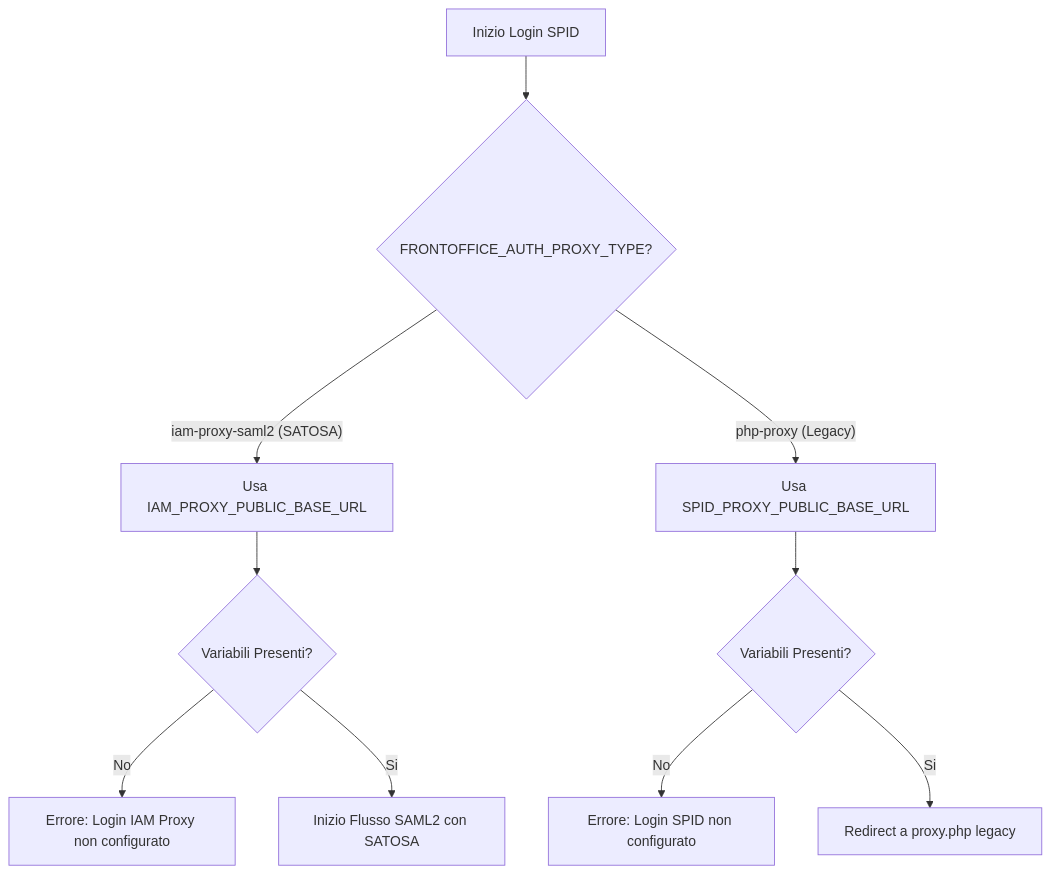
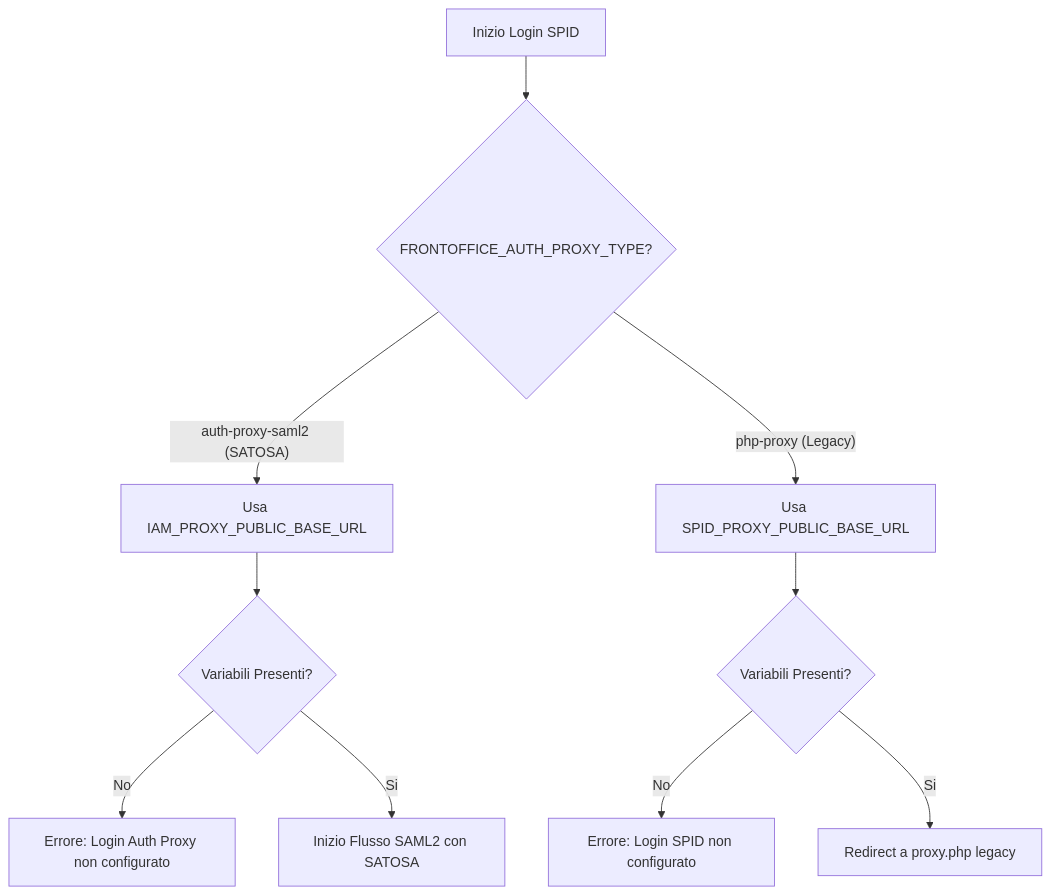
Before and after one commit to Comune-di-Montesilvano/GovPay-Interaction-Layer: the diagram in plans/spid_config_plan.md, drawn with Mermaid. The commit also changed other lines of this file and 56 other files, not shown here.

First line of the commit message:
refactor: rename iam-proxy to auth-proxy throughout codebase

````diff
--- a/plans/spid_config_plan.md
+++ b/plans/spid_config_plan.md
@@ -14,12 +14,12 @@
 ```mermaid
 graph TD
     A[Inizio Login SPID] --> B{FRONTOFFICE_AUTH_PROXY_TYPE?}
-    B -- "iam-proxy-saml2 (SATOSA)" --> C[Usa IAM_PROXY_PUBLIC_BASE_URL]
+    B -- "auth-proxy-saml2 (SATOSA)" --> C[Usa IAM_PROXY_PUBLIC_BASE_URL]
     B -- "php-proxy (Legacy)" --> D[Usa SPID_PROXY_PUBLIC_BASE_URL]
     C --> E{Variabili Presenti?}
     D --> F{Variabili Presenti?}
-    E -- No --> G[Errore: Login IAM Proxy non configurato]
+    E -- No --> G[Errore: Login Auth Proxy non configurato]
     F -- No --> H[Errore: Login SPID non configurato]
     E -- Si --> I[Inizio Flusso SAML2 con SATOSA]
     F -- Si --> J[Redirect a proxy.php legacy]
 ```
````
